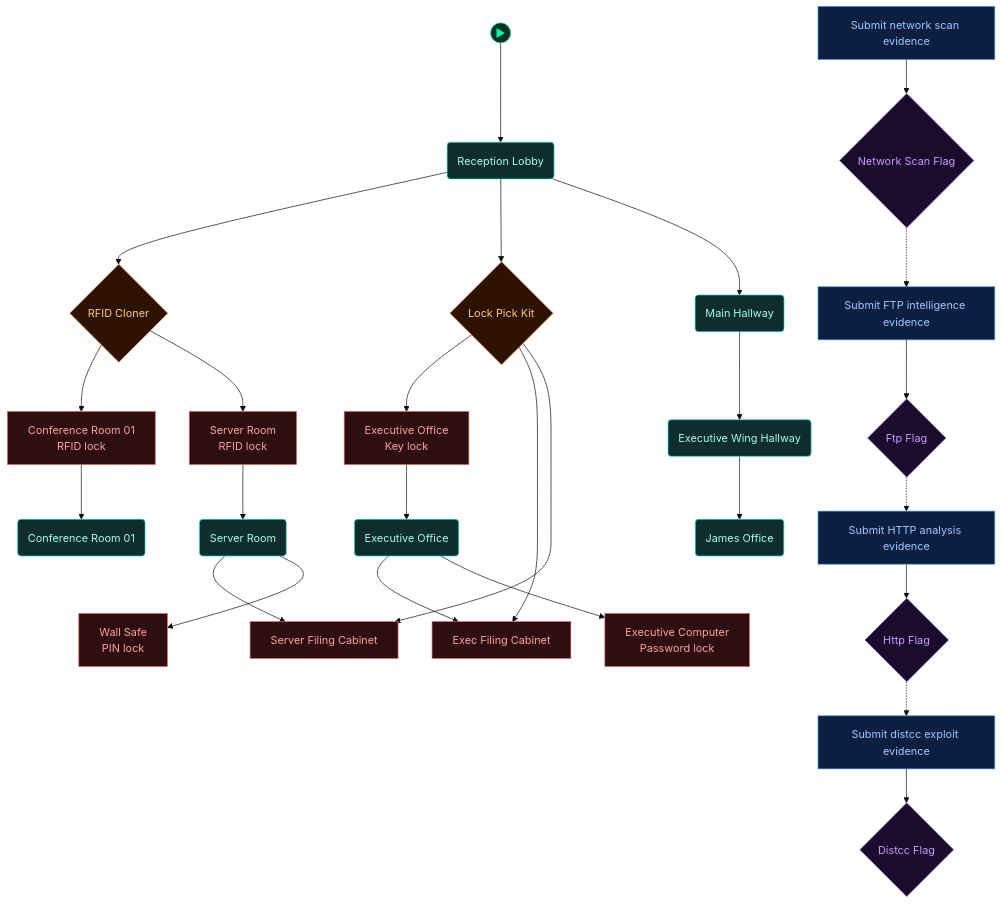
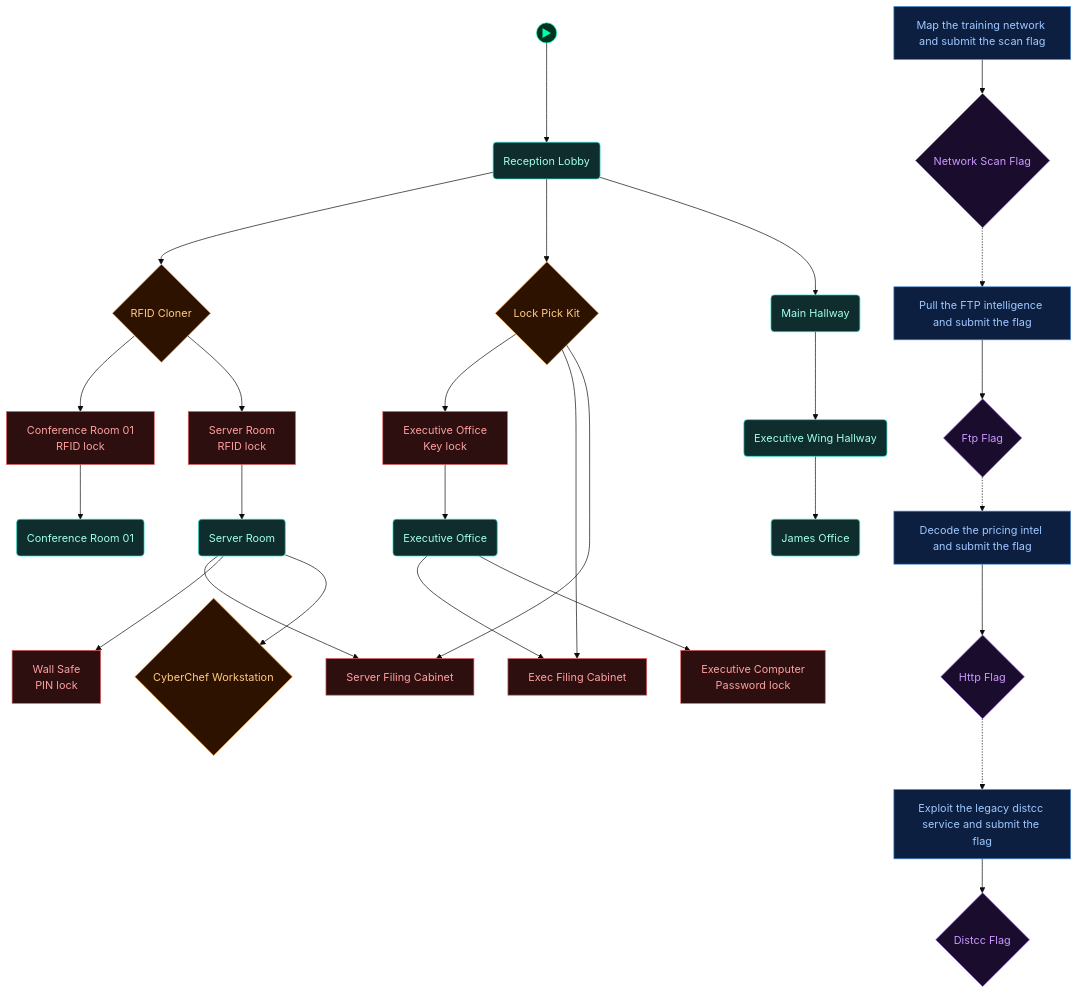
One commit to cliffe/BreakEscapeGame changed the first of 5 diagrams in scenarios/m03_ghost_in_the_machine/dungeon_graph.md. Above: the diagram before and after it, drawn with Mermaid (base theme). The commit also changed other lines of this file and 20 other files, not shown here.

````diff
--- a/scenarios/m03_ghost_in_the_machine/dungeon_graph.md
+++ b/scenarios/m03_ghost_in_the_machine/dungeon_graph.md
@@ -51,78 +51,80 @@
 ```mermaid
 flowchart TD
 
   classDef room      fill:#0f2d2d,stroke:#22ddcc,color:#a0ffee
   classDef lock      fill:#2d0f0f,stroke:#e66060,color:#ffa0a0
   classDef key       fill:#2d0812,stroke:#e66060,color:#ffa0a0
   classDef item      fill:#2d1200,stroke:#e89030,color:#ffcc80
   classDef gate      fill:#111,stroke:#666,color:#eee
   classDef vm        fill:#0c1f40,stroke:#4a90d9,color:#a0c8ff
   classDef flag      fill:#1a0c2d,stroke:#9060d0,color:#cc99ff
   classDef action    fill:#1a1200,stroke:#cc9922,color:#ffee88
   classDef aim       fill:#0d2a0d,stroke:#44cc44,color:#88ff88
   classDef aim_gate  fill:#111111,stroke:#44cc44,color:#44cc44
   classDef container fill:#1a2d1a,stroke:#60b060,color:#a0e0a0
   classDef npc       fill:#2d1f0d,stroke:#d0a050,color:#ffe0a0
   classDef critical  fill:#2a1500,stroke:#ffaa00,color:#ffdd88
   classDef start     fill:#003322,stroke:#00ffaa,color:#00ffaa
 
   node_start(("▶"))
   node_start --> reception_lobby
 
   door_conference_room_01["Conference Room 01<br/>RFID lock"]
   conference_room_01("Conference Room 01")
   door_server_room["Server Room<br/>RFID lock"]
   server_room("Server Room")
   door_executive_office["Executive Office<br/>Key lock"]
   executive_office("Executive Office")
   reception_lobby("Reception Lobby")
   rfid_cloner{"RFID Cloner"}
   lock_pick_kit{"Lock Pick Kit"}
   lock_exec_filing_cabinet["Exec Filing Cabinet"]
   lock_server_filing_cabinet["Server Filing Cabinet"]
   lock_wall_safe_server["Wall Safe<br/>PIN lock"]
+  cyberchef_workstation{"CyberChef Workstation"}
   lock_victoria_computer["Executive Computer<br/>Password lock"]
-  vmch_submit_network_scan_flag["Submit network scan evidence"]
+  vmch_submit_network_scan_flag["Map the training network and submit the scan flag"]
   vmfl_submit_network_scan_flag{"Network Scan Flag"}
-  vmch_submit_ftp_flag["Submit FTP intelligence evidence"]
+  vmch_submit_ftp_flag["Pull the FTP intelligence and submit the flag"]
   vmfl_submit_ftp_flag{"Ftp Flag"}
-  vmch_submit_http_flag["Submit HTTP analysis evidence"]
+  vmch_submit_http_flag["Decode the pricing intel and submit the flag"]
   vmfl_submit_http_flag{"Http Flag"}
-  vmch_submit_distcc_flag["Submit distcc exploit evidence"]
+  vmch_submit_distcc_flag["Exploit the legacy distcc service and submit the flag"]
   vmfl_submit_distcc_flag{"Distcc Flag"}
   main_hallway("Main Hallway")
   executive_wing_hallway("Executive Wing Hallway")
   james_office("James Office")
 
   door_conference_room_01 --> conference_room_01
   door_server_room --> server_room
   door_executive_office --> executive_office
   reception_lobby --> rfid_cloner
   rfid_cloner --> door_conference_room_01
   rfid_cloner --> door_server_room
   reception_lobby --> lock_pick_kit
   lock_pick_kit --> door_executive_office
   lock_pick_kit --> lock_exec_filing_cabinet
   lock_pick_kit --> lock_server_filing_cabinet
   server_room --> lock_server_filing_cabinet
   server_room --> lock_wall_safe_server
+  server_room --> cyberchef_workstation
   executive_office --> lock_exec_filing_cabinet
   executive_office --> lock_victoria_computer
   vmch_submit_network_scan_flag --> vmfl_submit_network_scan_flag
   vmch_submit_ftp_flag --> vmfl_submit_ftp_flag
   vmfl_submit_network_scan_flag -.-> vmch_submit_ftp_flag
   vmch_submit_http_flag --> vmfl_submit_http_flag
   vmfl_submit_ftp_flag -.-> vmch_submit_http_flag
   vmch_submit_distcc_flag --> vmfl_submit_distcc_flag
   vmfl_submit_http_flag -.-> vmch_submit_distcc_flag
   reception_lobby --> main_hallway
   main_hallway --> executive_wing_hallway
   executive_wing_hallway --> james_office
 
   class door_conference_room_01,door_server_room,door_executive_office,lock_exec_filing_cabinet,lock_server_filing_cabinet,lock_wall_safe_server,lock_victoria_computer lock
   class conference_room_01,server_room,executive_office,reception_lobby,main_hallway,executive_wing_hallway,james_office room
-  class rfid_cloner,lock_pick_kit item
+  class rfid_cloner,lock_pick_kit,cyberchef_workstation item
   class vmch_submit_network_scan_flag,vmch_submit_ftp_flag,vmch_submit_http_flag,vmch_submit_distcc_flag vm
   class vmfl_submit_network_scan_flag,vmfl_submit_ftp_flag,vmfl_submit_http_flag,vmfl_submit_distcc_flag flag
   class node_start start
 ```
````
